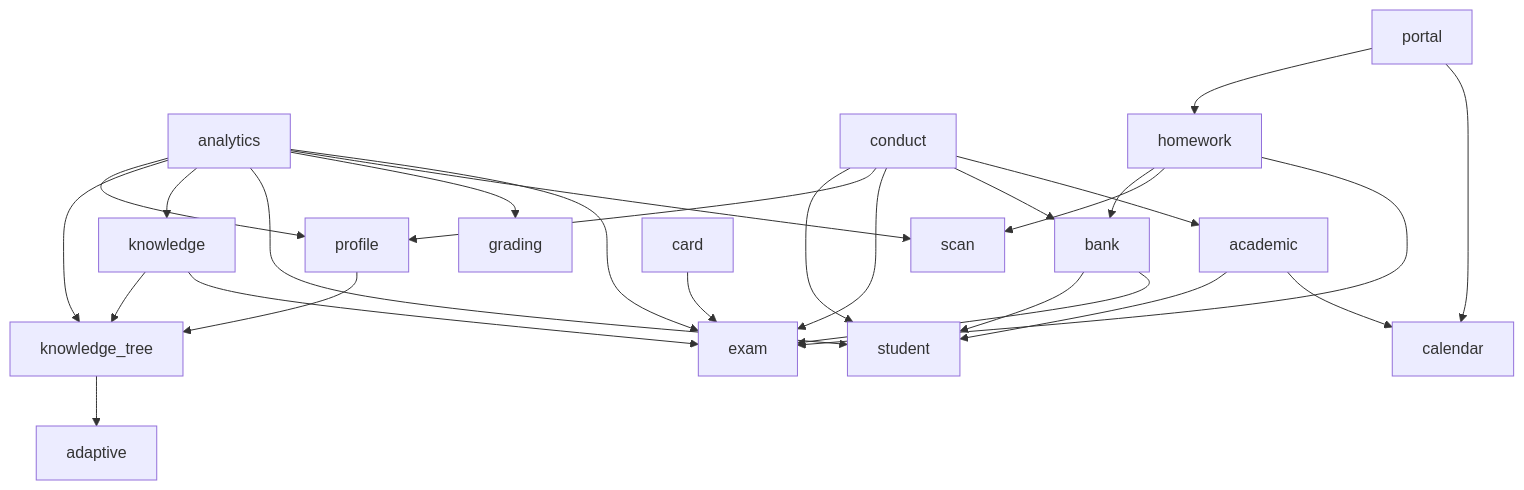
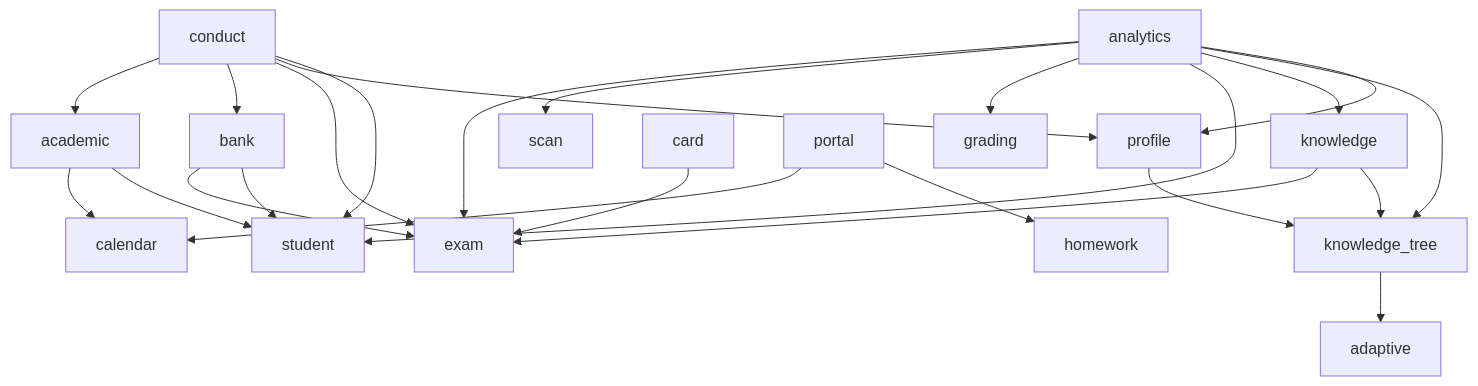
One commit to juanwan99/edu-cloud changed the diagram in docs/governance/dependency-graph.md. Above: the diagram before and after it, drawn with Mermaid. The commit also changed 7 other files, not shown here.

````diff
--- a/docs/governance/dependency-graph.md
+++ b/docs/governance/dependency-graph.md
@@ -5,29 +5,26 @@
 ```mermaid
 flowchart TD
   academic --> calendar
   academic --> student
   analytics --> exam
   analytics --> scan
   analytics --> grading
   analytics --> student
   analytics --> knowledge
   analytics --> knowledge_tree
   analytics --> profile
   bank --> exam
   bank --> student
   card --> exam
   conduct --> academic
   conduct --> bank
   conduct --> exam
   conduct --> profile
   conduct --> student
-  homework --> exam
-  homework --> scan
-  homework --> bank
   knowledge --> exam
   knowledge --> knowledge_tree
   knowledge_tree --> adaptive
   portal --> calendar
   portal --> homework
   profile --> knowledge_tree
 ```
````
